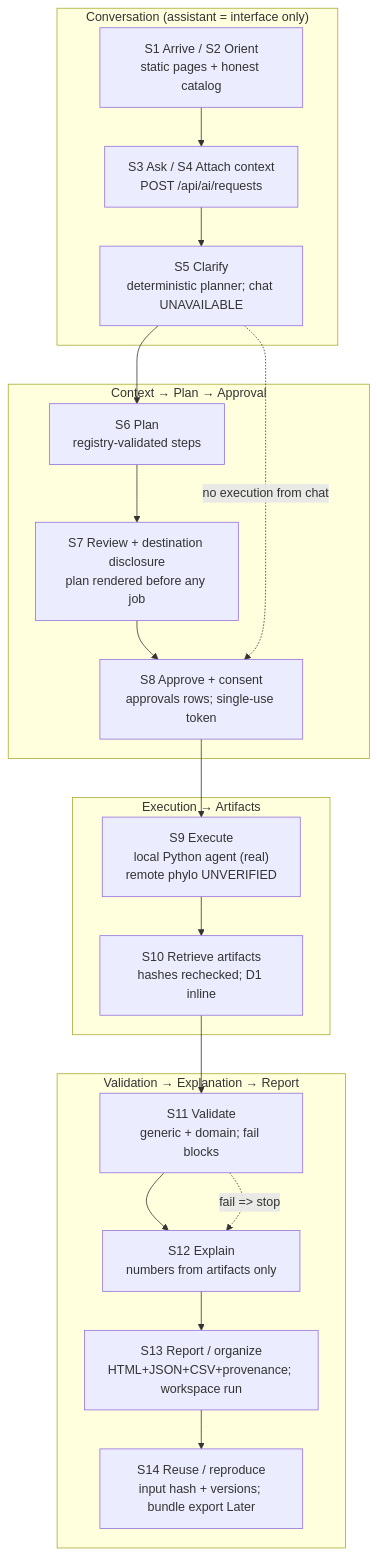
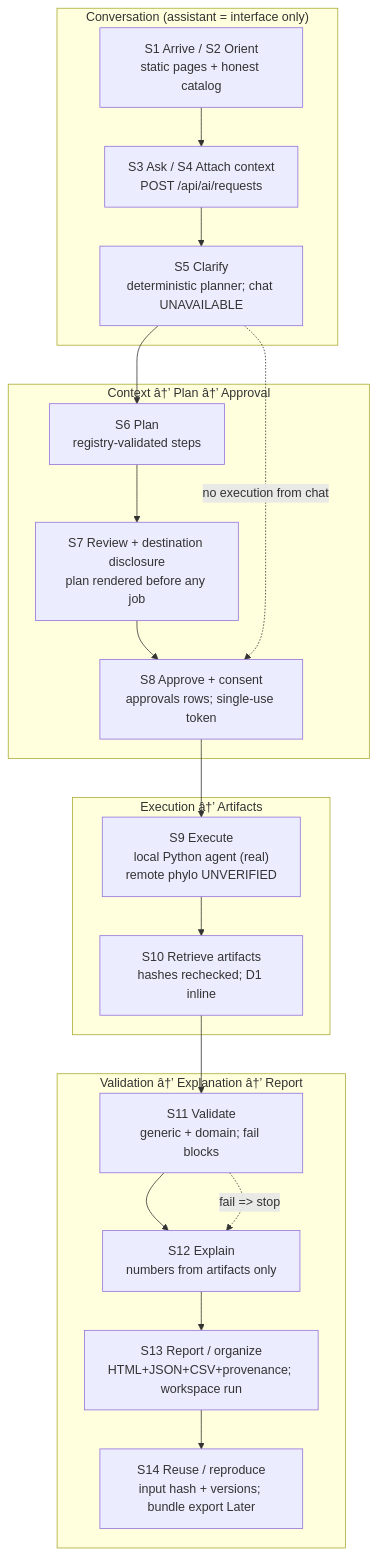
One commit to Marwanmorsy999/smart-bioinformatics-toolkit changed the first of 4 diagrams in docs/CORE_PRODUCT_ARCHITECTURE.md. Above: the diagram before and after it, drawn with Mermaid. The commit also changed other lines of this file and 7 other files, not shown here.

````diff
--- a/docs/CORE_PRODUCT_ARCHITECTURE.md
+++ b/docs/CORE_PRODUCT_ARCHITECTURE.md
@@ -33,29 +33,29 @@
 ```mermaid
 flowchart TB
     subgraph CONV["Conversation (assistant = interface only)"]
         S1["S1 Arrive / S2 Orient<br/>static pages + honest catalog"]
         S3["S3 Ask / S4 Attach context<br/>POST /api/ai/requests"]
         S5["S5 Clarify<br/>deterministic planner; chat UNAVAILABLE"]
         S1 --> S3 --> S5
     end
-    subgraph PLAN["Context → Plan → Approval"]
+    subgraph PLAN["Context â†’ Plan â†’ Approval"]
         S6["S6 Plan<br/>registry-validated steps"]
         S7["S7 Review + destination disclosure<br/>plan rendered before any job"]
         S8["S8 Approve + consent<br/>approvals rows; single-use token"]
         S5 --> S6 --> S7 --> S8
     end
-    subgraph EXEC["Execution → Artifacts"]
+    subgraph EXEC["Execution â†’ Artifacts"]
         S9["S9 Execute<br/>local Python agent (real)<br/>remote phylo UNVERIFIED"]
         S10["S10 Retrieve artifacts<br/>hashes rechecked; D1 inline"]
         S8 --> S9 --> S10
     end
-    subgraph VERIFY["Validation → Explanation → Report"]
+    subgraph VERIFY["Validation â†’ Explanation â†’ Report"]
         S11["S11 Validate<br/>generic + domain; fail blocks"]
         S12["S12 Explain<br/>numbers from artifacts only"]
         S13["S13 Report / organize<br/>HTML+JSON+CSV+provenance; workspace run"]
         S14["S14 Reuse / reproduce<br/>input hash + versions; bundle export Later"]
         S10 --> S11 --> S12 --> S13 --> S14
     end
     S5 -. "no execution from chat" .-> S8
     S11 -. "fail => stop" .-> S12
 ```
````
